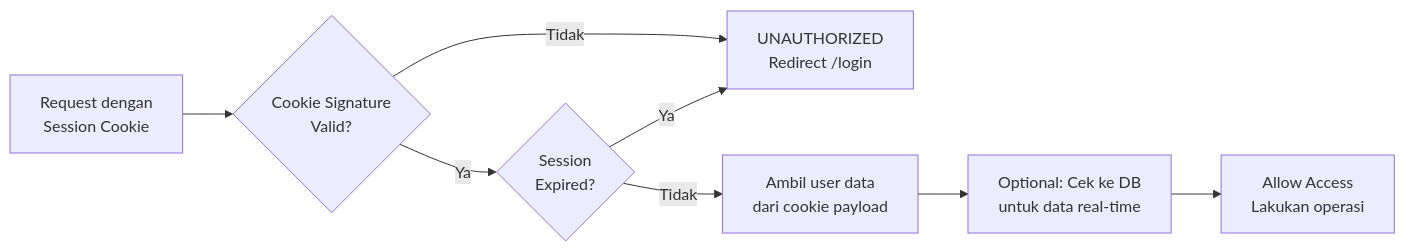
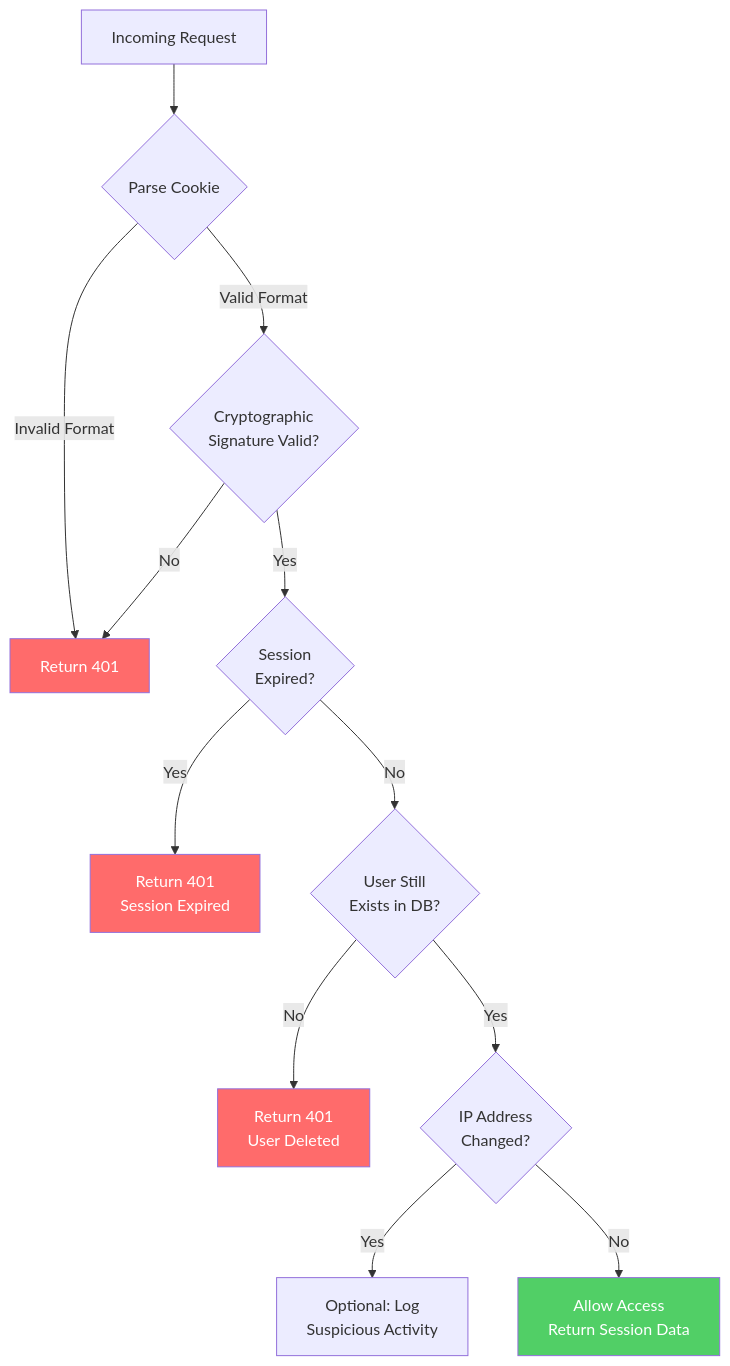
The seventh of 18 diagrams in README.md (PKPL-Pusing-Kurang-Paham-Lurr/tk-2), drawn with Mermaid before and after one commit. The commit also changed other lines of this file, not shown here.

````diff
--- a/README.md
+++ b/README.md
@@ -134,10 +359,19 @@
 ```mermaid
-flowchart LR
-    A[Request dengan<br/>Session Cookie] --> B{Cookie Signature<br/>Valid?}
-    B -->|Ya| C{Session<br/>Expired?}
-    B -->|Tidak| D[UNAUTHORIZED<br/>Redirect /login]
-    C -->|Tidak| E[Ambil user data<br/>dari cookie payload]
-    E --> F[Optional: Cek ke DB<br/>untuk data real-time]
-    F --> G[Allow Access<br/>Lakukan operasi]
-    C -->|Ya| D
+flowchart TD
+    A[Incoming Request] --> B{Parse Cookie}
+    B -->|Invalid Format| E[Return 401]
+    B -->|Valid Format| C{Cryptographic<br/>Signature Valid?}
+    C -->|No| E
+    C -->|Yes| D{Session<br/>Expired?}
+    D -->|Yes| F[Return 401<br/>Session Expired]
+    D -->|No| G{User Still<br/>Exists in DB?}
+    G -->|No| H[Return 401<br/>User Deleted]
+    G -->|Yes| I{IP Address<br/>Changed?}
+    I -->|Yes| J[Optional: Log<br/>Suspicious Activity]
+    I -->|No| K[Allow Access<br/>Return Session Data]
+    
+    style E fill:#ff6b6b,color:#fff
+    style F fill:#ff6b6b,color:#fff
+    style H fill:#ff6b6b,color:#fff
+    style K fill:#51cf66,color:#fff
 ```
````
